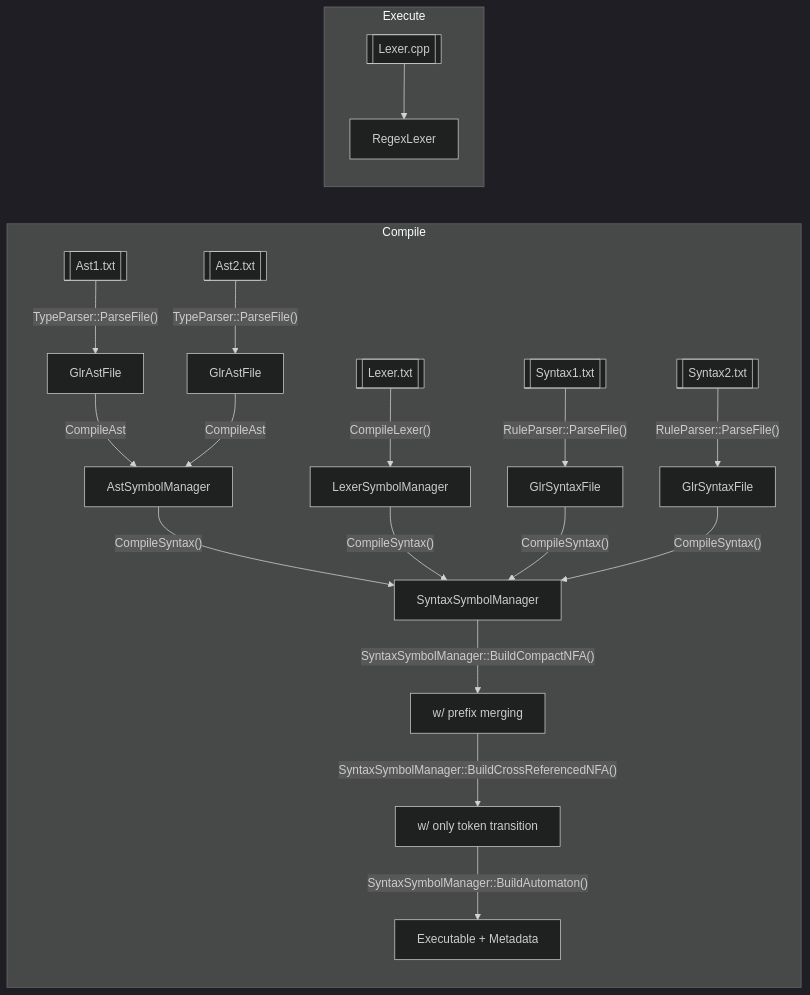
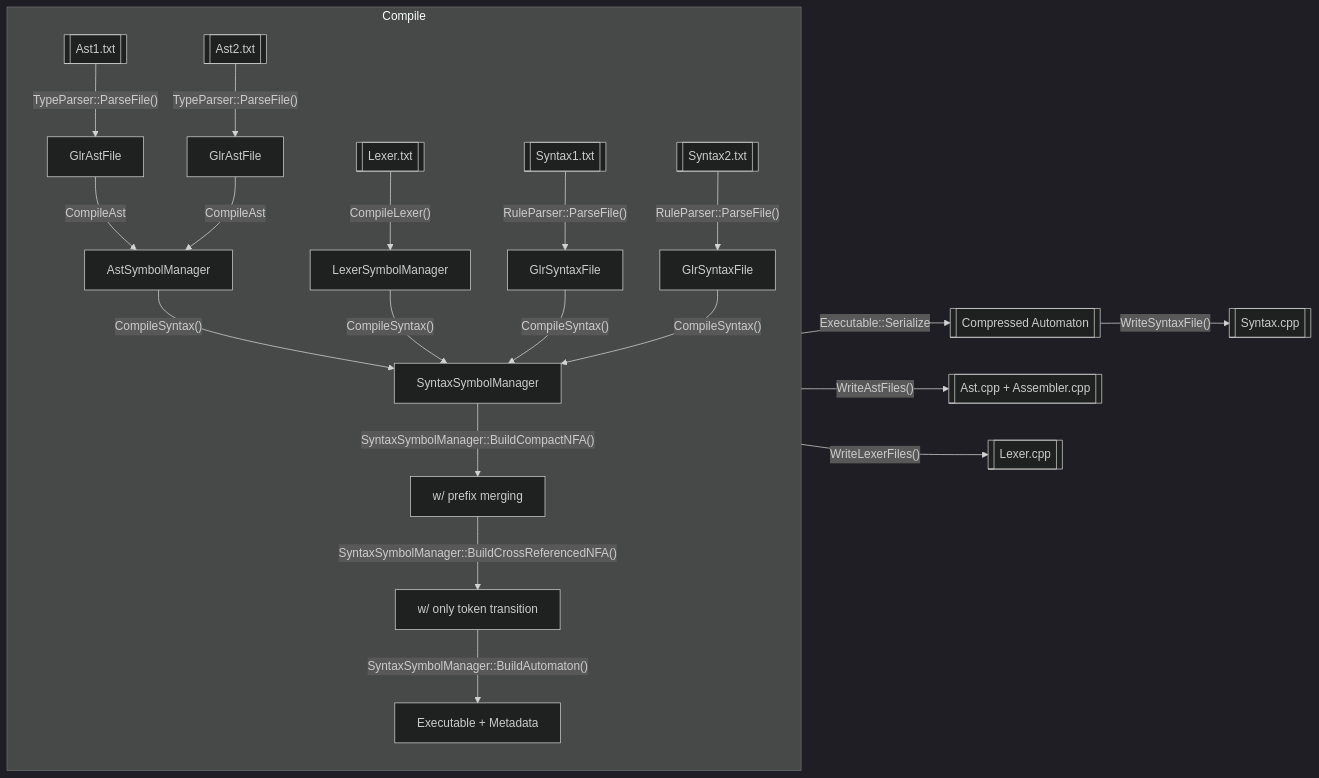
One commit to vczh-websites/vczh changed diagram 28 of 28 in Blog/GLR-Refactoring/Mermaid.md. Above: the diagram before and after it, drawn with Mermaid (dark theme).

````diff
--- a/Blog/GLR-Refactoring/Mermaid.md
+++ b/Blog/GLR-Refactoring/Mermaid.md
@@ -651,24 +651,24 @@
 ```mermaid
 graph LR
   subgraph Compile
     direction TB
     AST_FILE_1[[Ast1.txt]] -- TypeParser::ParseFile() --> AST_1[GlrAstFile]
     AST_FILE_2[[Ast2.txt]] -- TypeParser::ParseFile() --> AST_2[GlrAstFile]
     AST_1 & AST_2 -- CompileAst --> AST_MGR[AstSymbolManager]
   
     LEXER_FILE[[Lexer.txt]] -- CompileLexer() --> LEXER_MGR[LexerSymbolManager]
     
     SYNTAX_FILE_1[[Syntax1.txt]] -- RuleParser::ParseFile() --> SYNTAX_1[GlrSyntaxFile]
     SYNTAX_FILE_2[[Syntax2.txt]] -- RuleParser::ParseFile() --> SYNTAX_2[GlrSyntaxFile]
     AST_MGR & LEXER_MGR & SYNTAX_1 & SYNTAX_2 -- CompileSyntax() --> AST_MGR_1[SyntaxSymbolManager]
   
     AST_MGR_1 -- SyntaxSymbolManager::BuildCompactNFA() --> AST_MGR_2[w/ prefix merging]
     AST_MGR_2 -- SyntaxSymbolManager::BuildCrossReferencedNFA() --> AST_MGR_3[w/ only token transition ]
     AST_MGR_3 -- SyntaxSymbolManager::BuildAutomaton() --> AUTOMATON[Executable + Metadata]
   end
 
-  subgraph Execute
-    direction TB
-    LEXER_GEN_FILE_2[["Lexer.cpp"]] --> LEXER[RegexLexer]
-  end
+  AUTOMATON -- Executable::Serialize --> BINARY[[Compressed Automaton]]
+  AST_MGR -- WriteAstFiles() --> AST_GEN_FILE[["Ast.cpp + Assembler.cpp"]]
+  LEXER_MGR -- WriteLexerFiles() --> LEXER_GEN_FILE[["Lexer.cpp"]]
+  BINARY -- WriteSyntaxFile() --> SYNTAX_GEN_FILE[["Syntax.cpp"]]
 ```
````
